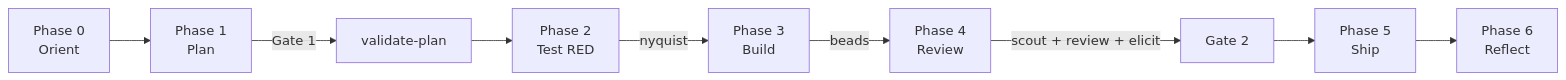
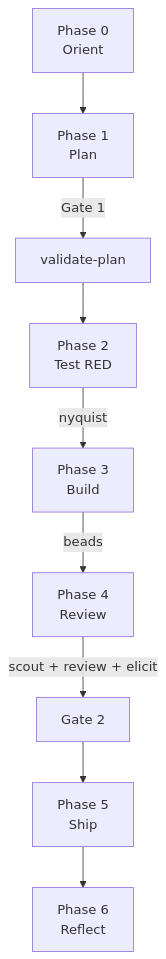
One commit to ngocsangyem/MeowKit changed the first of 2 diagrams in website/guide/whats-new/v1.1.0.md. Above: the diagram before and after it, drawn with Mermaid.

Commit message:
docs: change v1.1.0 workflow diagram to vertical layout

````diff
--- a/website/guide/whats-new/v1.1.0.md
+++ b/website/guide/whats-new/v1.1.0.md
@@ -13,11 +13,11 @@
 ```mermaid
-flowchart LR
+flowchart TD
   P0[Phase 0\nOrient] --> P1[Phase 1\nPlan]
   P1 -->|Gate 1| VP[validate-plan]
   VP --> P2[Phase 2\nTest RED]
   P2 -->|nyquist| P3[Phase 3\nBuild]
   P3 -->|beads| P4[Phase 4\nReview]
   P4 -->|scout + review + elicit| G2[Gate 2]
   G2 --> P5[Phase 5\nShip]
   P5 --> P6[Phase 6\nReflect]
 ```
````
